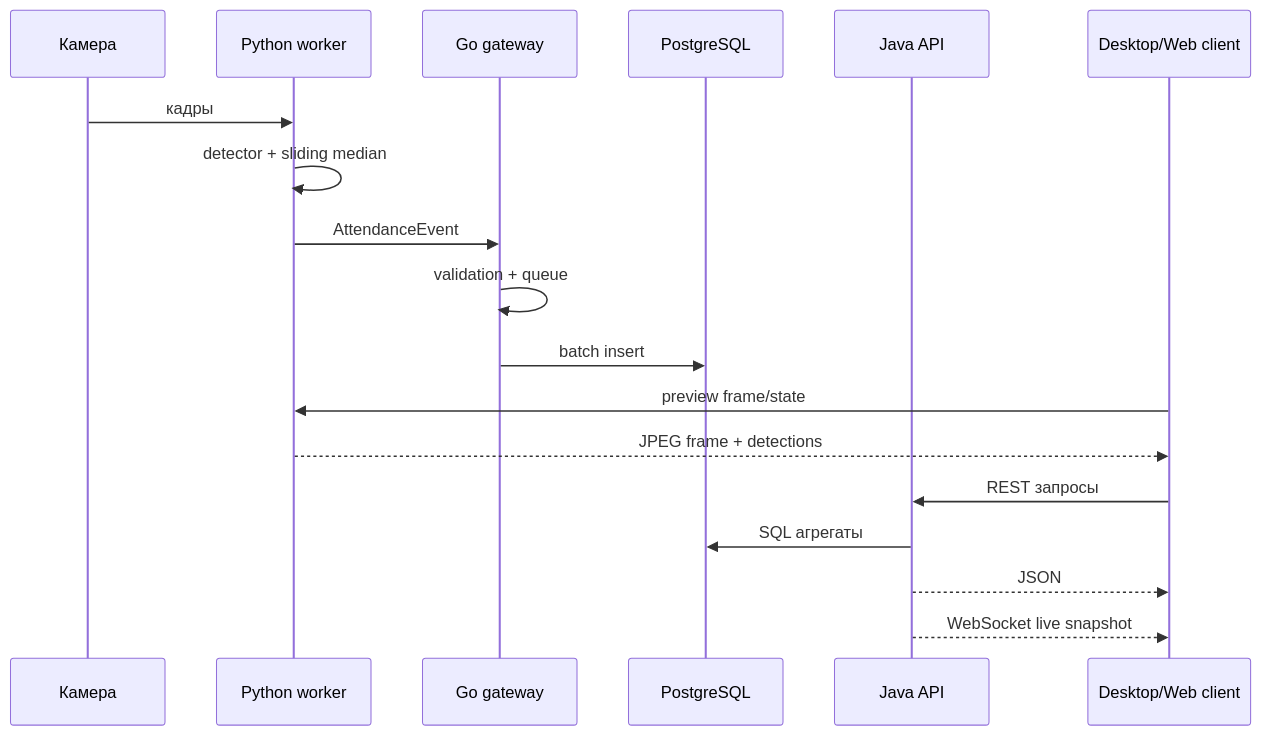
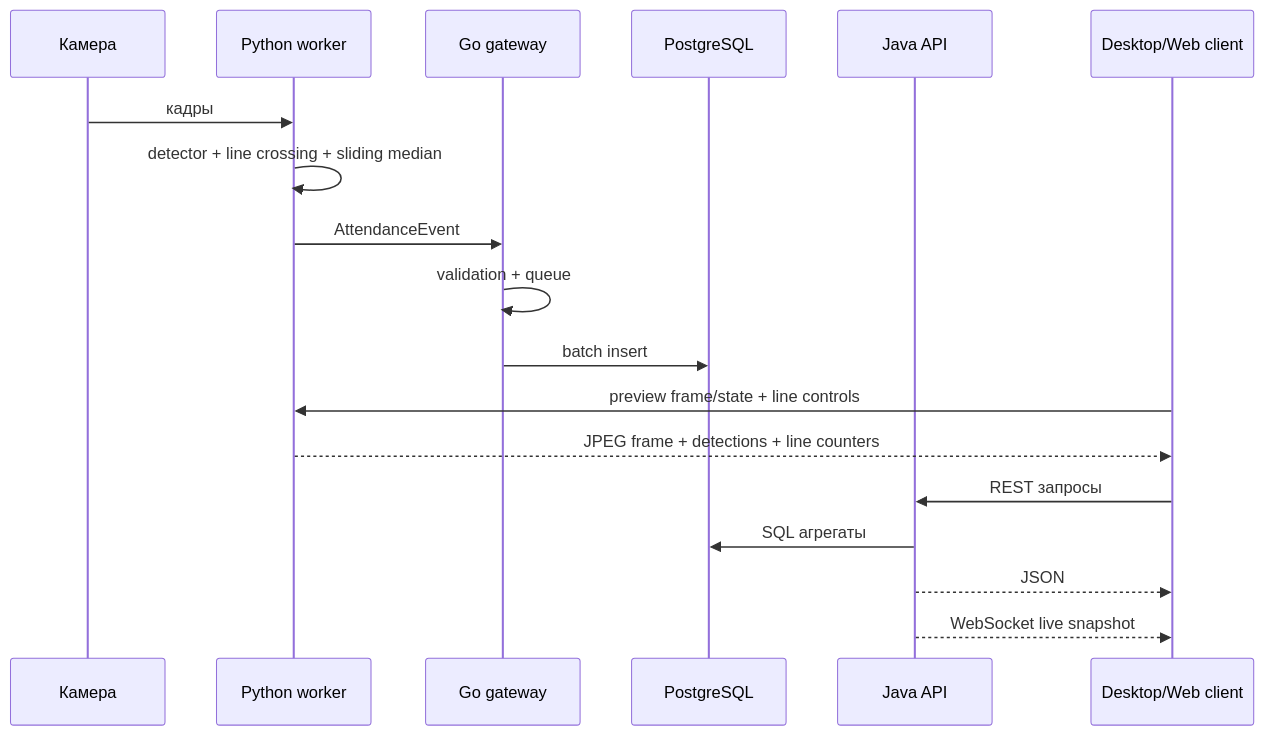
Before and after one commit to fakedesyncc/AudienceFlow: the diagram in docs/architecture.md, drawn with Mermaid. The commit also changed other lines of this file and 10 other files, not shown here.

Commit message:
feat(camera): add line crossing controls (#10)

````diff
--- a/docs/architecture.md
+++ b/docs/architecture.md
@@ -18,21 +18,21 @@
 ```mermaid
 sequenceDiagram
     participant C as Камера
     participant W as Python worker
     participant G as Go gateway
     participant P as PostgreSQL
     participant A as Java API
     participant D as Desktop/Web client
 
     C->>W: кадры
-    W->>W: detector + sliding median
+    W->>W: detector + line crossing + sliding median
     W->>G: AttendanceEvent
     G->>G: validation + queue
     G->>P: batch insert
-    D->>W: preview frame/state
-    W-->>D: JPEG frame + detections
+    D->>W: preview frame/state + line controls
+    W-->>D: JPEG frame + detections + line counters
     D->>A: REST запросы
     A->>P: SQL агрегаты
     A-->>D: JSON
     A-->>D: WebSocket live snapshot
 ```
````
